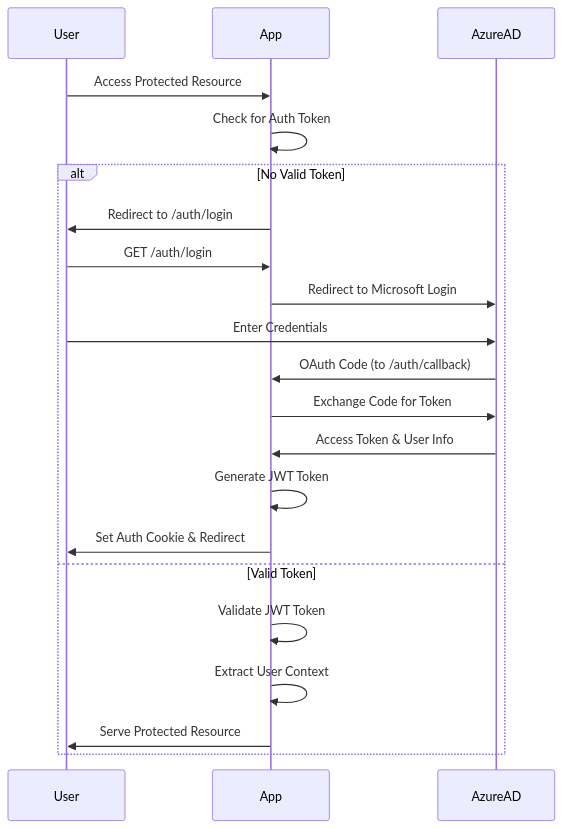
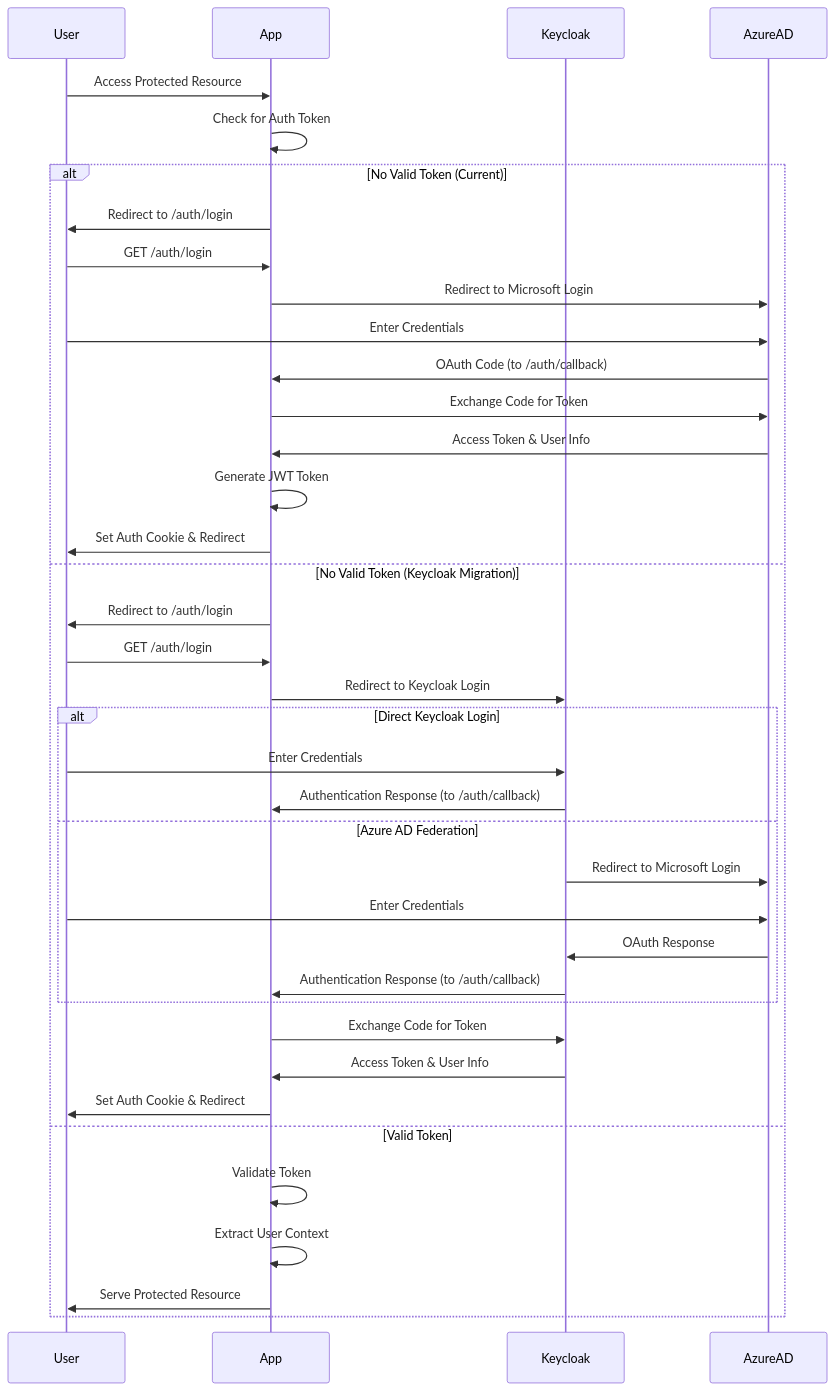
One commit to gsinghjay/mvp_qr_gen changed the eighth of 10 diagrams in STORY.md. Above: the diagram before and after it, drawn with Mermaid. The commit also changed other lines of this file, not shown here.

Commit message:
docs: update system documentation to include Keycloak migration

````diff
--- a/STORY.md
+++ b/STORY.md
@@ -364,25 +385,42 @@
 ```mermaid
 sequenceDiagram
     participant User
     participant App
+    participant Keycloak
     participant AzureAD
     
     User->>App: Access Protected Resource
     App->>App: Check for Auth Token
     
-    alt No Valid Token
+    alt No Valid Token (Current)
         App->>User: Redirect to /auth/login
         User->>App: GET /auth/login
         App->>AzureAD: Redirect to Microsoft Login
         User->>AzureAD: Enter Credentials
         AzureAD->>App: OAuth Code (to /auth/callback)
         App->>AzureAD: Exchange Code for Token
         AzureAD->>App: Access Token & User Info
         App->>App: Generate JWT Token
         App->>User: Set Auth Cookie & Redirect
+    else No Valid Token (Keycloak Migration)
+        App->>User: Redirect to /auth/login
+        User->>App: GET /auth/login
+        App->>Keycloak: Redirect to Keycloak Login
+        alt Direct Keycloak Login
+            User->>Keycloak: Enter Credentials
+            Keycloak->>App: Authentication Response (to /auth/callback)
+        else Azure AD Federation
+            Keycloak->>AzureAD: Redirect to Microsoft Login
+            User->>AzureAD: Enter Credentials
+            AzureAD->>Keycloak: OAuth Response
+            Keycloak->>App: Authentication Response (to /auth/callback)
+        end
+        App->>Keycloak: Exchange Code for Token
+        Keycloak->>App: Access Token & User Info
+        App->>User: Set Auth Cookie & Redirect
     else Valid Token
-        App->>App: Validate JWT Token
+        App->>App: Validate Token
         App->>App: Extract User Context
         App->>User: Serve Protected Resource
     end
 ```
````
